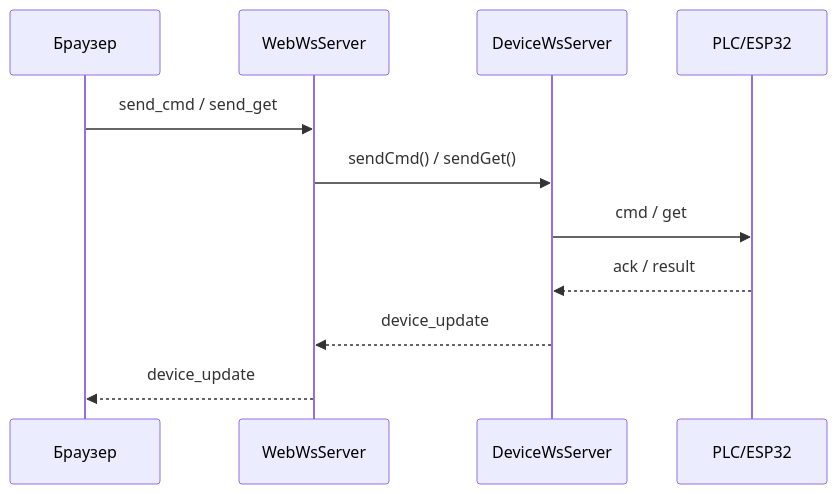
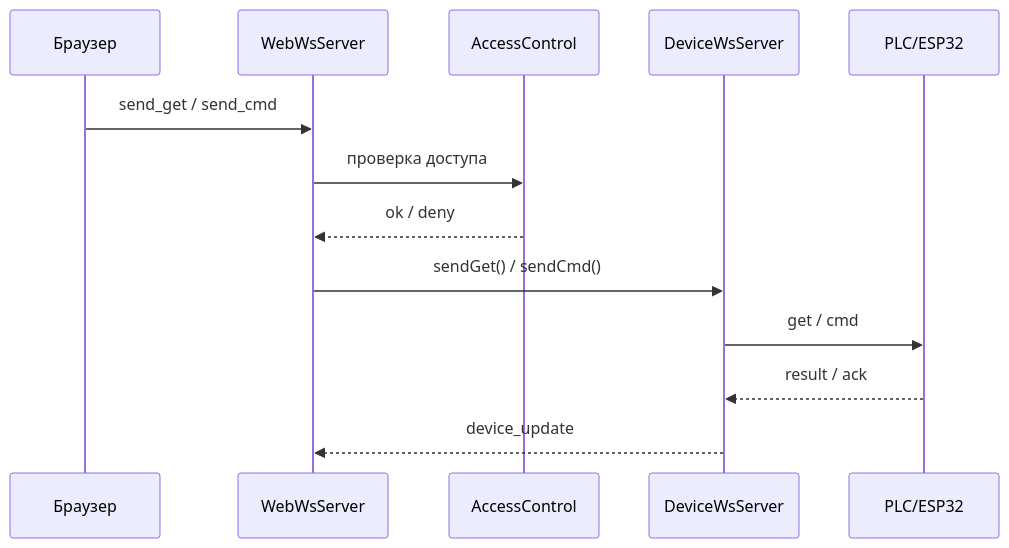
One commit to Denisov-Foundation-Limited/plc-cloud changed the third of 4 diagrams in README.md. Above: the diagram before and after it, drawn with Mermaid. The commit also changed other lines of this file and 37 other files, not shown here.

Commit message:
Add Telegram control menus, ACL, and app DI updates

````diff
--- a/README.md
+++ b/README.md
@@ -89,14 +141,16 @@
 ```mermaid
 sequenceDiagram
-    participant B as Браузер
-    participant W as WebWsServer
-    participant D as DeviceWsServer
-    participant P as PLC/ESP32
+    participant UI as Браузер
+    participant WEB as WebWsServer
+    participant ACL as AccessControl
+    participant DWS as DeviceWsServer
+    participant PLC as PLC/ESP32
 
-    B->>W: send_cmd / send_get
-    W->>D: sendCmd() / sendGet()
-    D->>P: cmd / get
-    P-->>D: ack / result
-    D-->>W: device_update
-    W-->>B: device_update
+    UI->>WEB: send_get / send_cmd
+    WEB->>ACL: проверка доступа
+    ACL-->>WEB: ok / deny
+    WEB->>DWS: sendGet() / sendCmd()
+    DWS->>PLC: get / cmd
+    PLC-->>DWS: result / ack
+    DWS-->>WEB: device_update
 ```
````
